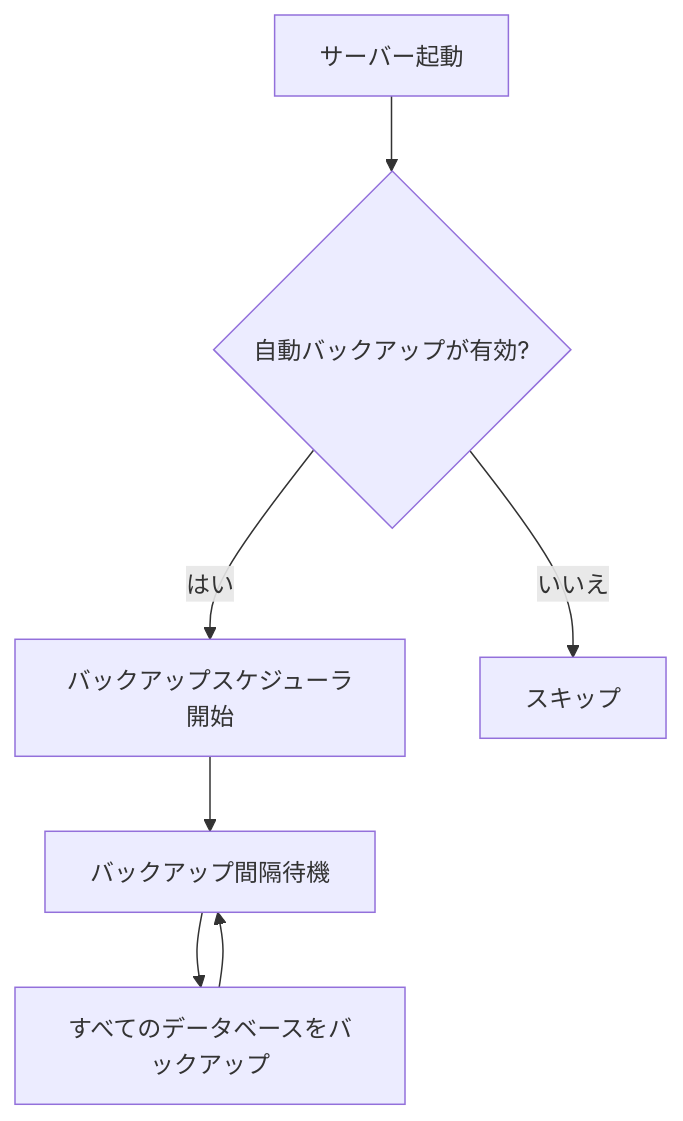
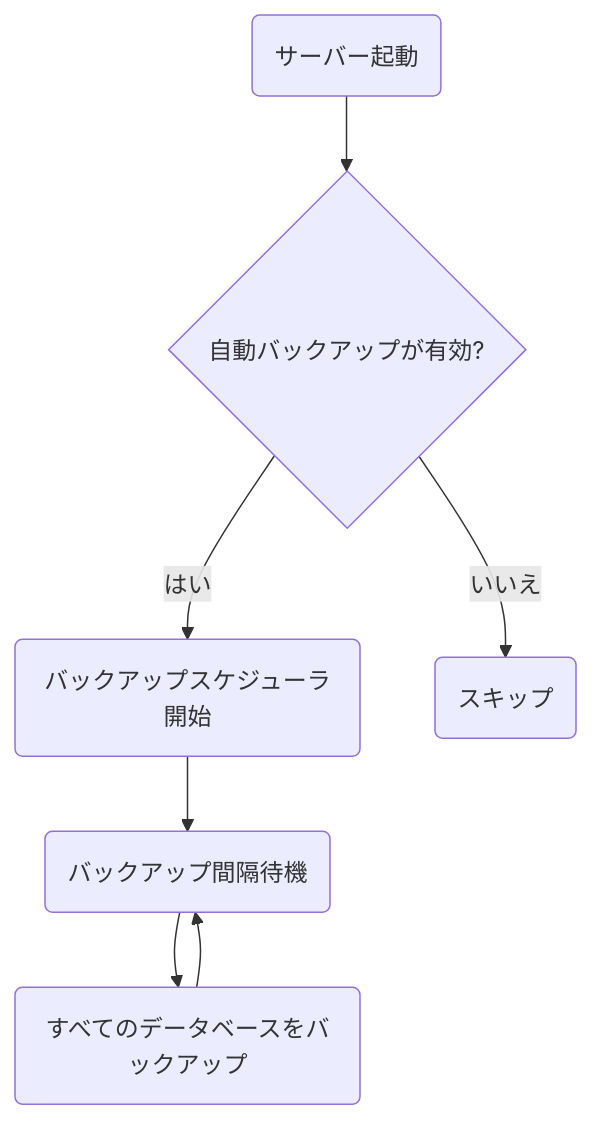
The seventh of 8 diagrams in textbooks/06_s3_backup.md (ssig33/fuckbase), drawn with Mermaid before and after one commit. The commit also changed other lines of this file and 6 other files, not shown here.

Commit message:
Fix Mermaid diagrams in all textbooks by using parentheses for node text and curly braces for decision nodes

````diff
--- a/textbooks/06_s3_backup.md
+++ b/textbooks/06_s3_backup.md
@@ -201,10 +201,10 @@
 ```mermaid
 graph TD
-    A[サーバー起動] --> B{自動バックアップが有効?}
-    B -->|はい| C[バックアップスケジューラ開始]
-    B -->|いいえ| D[スキップ]
+    A("サーバー起動") --> B{"自動バックアップが有効?"}
+    B -->|はい| C("バックアップスケジューラ開始")
+    B -->|いいえ| D("スキップ")
     
-    C --> E[バックアップ間隔待機]
-    E --> F[すべてのデータベースをバックアップ]
+    C --> E("バックアップ間隔待機")
+    E --> F("すべてのデータベースをバックアップ")
     F --> E
 ```
````
